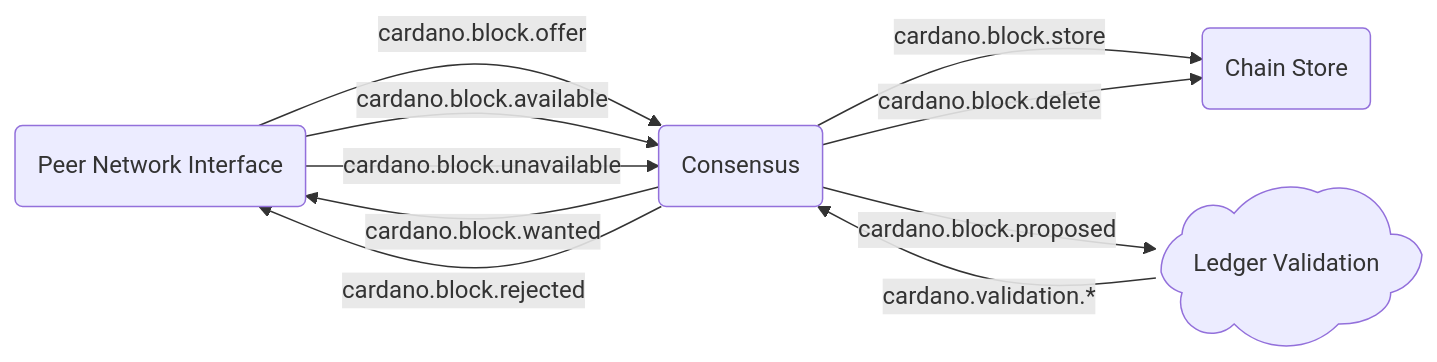
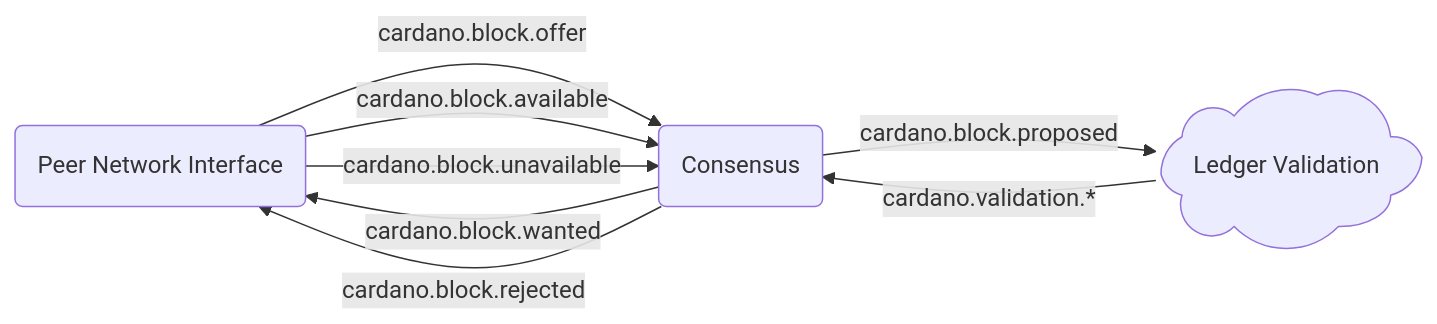
Before and after one commit to input-output-hk/acropolis: the diagram in docs/architecture/system-multi-peer-consensus.md, drawn with Mermaid. The commit also changed other lines of this file, not shown here.

First line of the commit message:
Remove ChainStore from consensus description

````diff
--- a/docs/architecture/system-multi-peer-consensus.md
+++ b/docs/architecture/system-multi-peer-consensus.md
@@ -25,23 +25,18 @@
 ```mermaid
 flowchart LR
   PNI(Peer Network Interface)
   CON(Consensus)
-  CS(Chain Store)
   CLOUD@{ shape: cloud, label: "Ledger Validation"}
 
   PNI -- cardano.block.offer --> CON
   CON -- cardano.block.wanted --> PNI
   PNI -- cardano.block.available --> CON
   PNI -- cardano.block.unavailable --> CON
   CON -- cardano.block.rejected --> PNI
 
-  CON -- cardano.block.store --> CS
-  CON -- cardano.block.delete --> CS
-
   CON -- cardano.block.proposed --> CLOUD
   CLOUD -- cardano.validation.* --> CON
 
   click PNI "https://github.com/input-output-hk/acropolis/tree/main/modules/peer_network_interface/"
   click CON "https://github.com/input-output-hk/acropolis/tree/main/modules/consensus/"
-  click CS "https://github.com/input-output-hk/acropolis/tree/main/modules/chain_store/"
 ```
````
